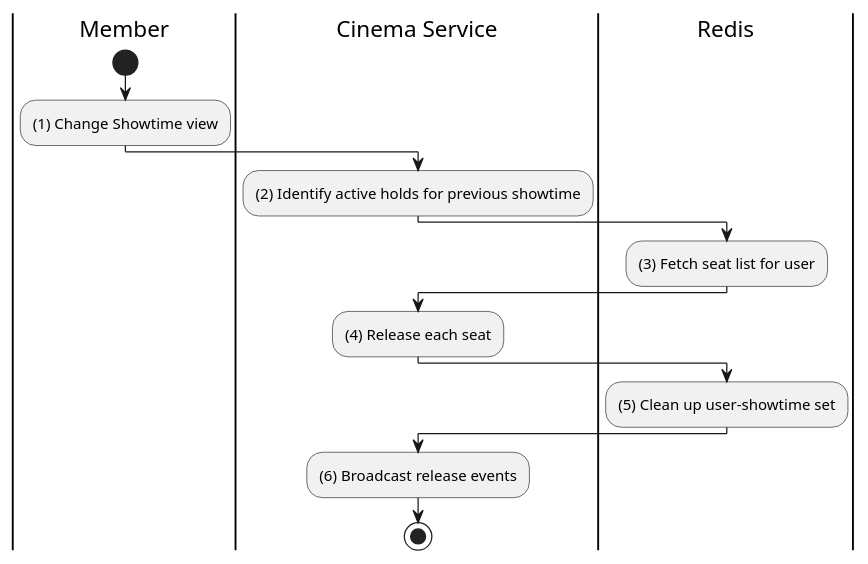
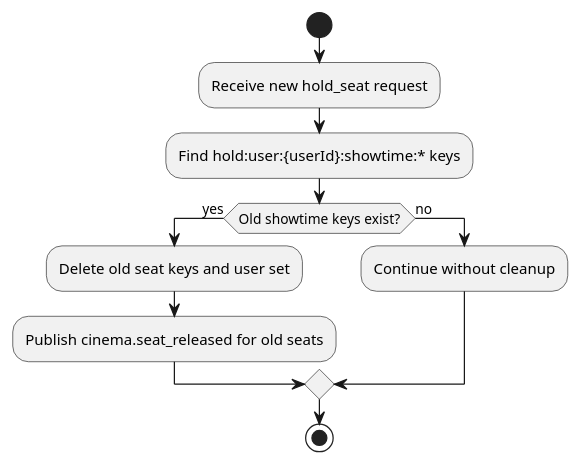
The second of 2 diagrams in docs/functional_specs/3.5.3_Real-time_Seat_Selection/RT-04_Clear_Old_Showtime_Session.md (Tanh1603/movie-hub-architecture), drawn with PlantUML before and after one commit. The commit also changed other lines of this file and 126 other files, not shown here.

````diff
--- a/docs/functional_specs/3.5.3_Real-time_Seat_Selection/RT-04_Clear_Old_Showtime_Session.md
+++ b/docs/functional_specs/3.5.3_Real-time_Seat_Selection/RT-04_Clear_Old_Showtime_Session.md
@@ -39,18 +33,15 @@
 ```plantuml
 @startuml
-|Member|
+|Cinema Realtime Service|
 start
-:(1) Change Showtime view;
-|Cinema Service|
-:(2) Identify active holds for previous showtime;
-|Redis|
-:(3) Fetch seat list for user;
-|Cinema Service|
-:(4) Release each seat;
-|Redis|
-:(5) Clean up user-showtime set;
-|Cinema Service|
-:(6) Broadcast release events;
+:Receive new hold_seat request;
+:Find hold:user:{userId}:showtime:* keys;
+if (Old showtime keys exist?) then (yes)
+  :Delete old seat keys and user set;
+  :Publish cinema.seat_released for old seats;
+else (no)
+  :Continue without cleanup;
+endif
 stop
 @enduml
 ```
````
